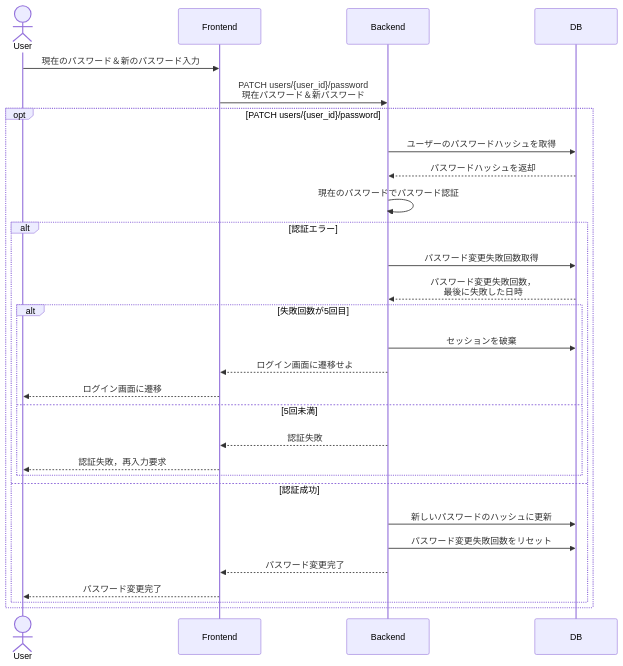
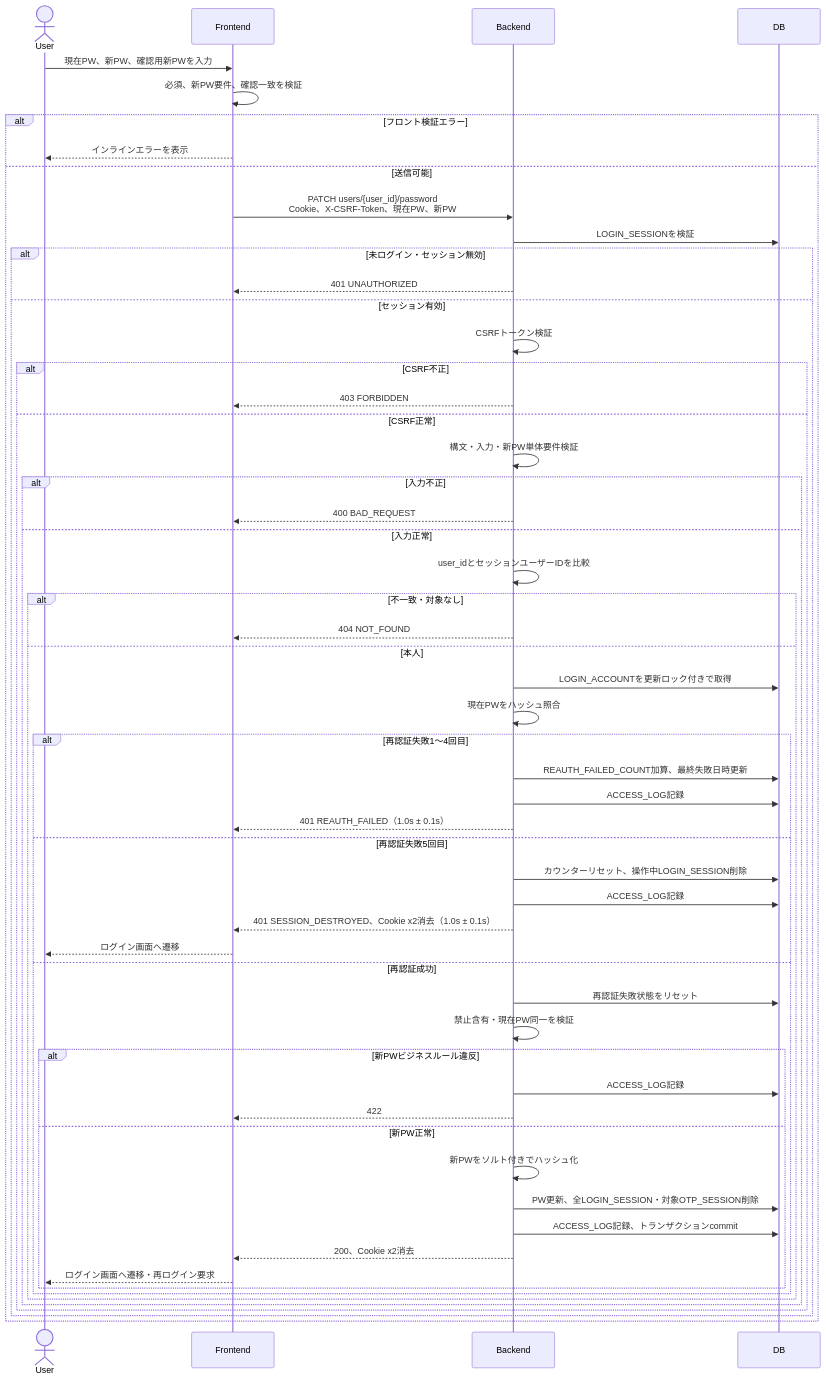
The diagram in docs/design/process_design/07_password_change.md (TUS-TI-dev-team/SyncTask), drawn with Mermaid before and after one commit. The commit also changed other lines of this file and 7 other files, not shown here.

````diff
--- a/docs/design/process_design/07_password_change.md
+++ b/docs/design/process_design/07_password_change.md
@@ -3,32 +38,60 @@
 ```mermaid
 sequenceDiagram
-	actor User
-	participant Frontend
-	participant Backend
-	participant DB
-	
-	User->>Frontend: 現在のパスワード＆新のパスワード入力
-	Frontend->>Backend: PATCH users/{user_id}/password<br>現在パスワード＆新パスワード
-	opt PATCH users/{user_id}/password
-		Backend->>DB: ユーザーのパスワードハッシュを取得
-		DB-->>Backend: パスワードハッシュを返却
-		Backend->>Backend: 現在のパスワードでパスワード認証
-		alt 認証エラー
-			Backend->>DB: パスワード変更失敗回数取得
-			DB-->>Backend: パスワード変更失敗回数，<br>最後に失敗した日時
-			alt 失敗回数が5回目
-				Backend->>DB: セッションを破棄
-				Backend-->>Frontend: ログイン画面に遷移せよ
-				Frontend-->>User: ログイン画面に遷移
-			else 5回未満
-				Backend-->>Frontend: 認証失敗
-				Frontend-->>User: 認証失敗，再入力要求
-			end
-		else 認証成功
-			Backend->>DB: 新しいパスワードのハッシュに更新
-			Backend->>DB: パスワード変更失敗回数をリセット
-			Backend-->>Frontend: パスワード変更完了
-			Frontend-->>User: パスワード変更完了
-		end
-	end
+    actor User
+    participant Frontend
+    participant Backend
+    participant DB
+
+    User->>Frontend: 現在PW、新PW、確認用新PWを入力
+    Frontend->>Frontend: 必須、新PW要件、確認一致を検証
+    alt フロント検証エラー
+        Frontend-->>User: インラインエラーを表示
+    else 送信可能
+        Frontend->>Backend: PATCH users/{user_id}/password<br/>Cookie、X-CSRF-Token、現在PW、新PW
+        Backend->>DB: LOGIN_SESSIONを検証
+        alt 未ログイン・セッション無効
+            Backend-->>Frontend: 401 UNAUTHORIZED
+        else セッション有効
+            Backend->>Backend: CSRFトークン検証
+            alt CSRF不正
+                Backend-->>Frontend: 403 FORBIDDEN
+            else CSRF正常
+                Backend->>Backend: 構文・入力・新PW単体要件検証
+                alt 入力不正
+                    Backend-->>Frontend: 400 BAD_REQUEST
+                else 入力正常
+                    Backend->>Backend: user_idとセッションユーザーIDを比較
+                    alt 不一致・対象なし
+                        Backend-->>Frontend: 404 NOT_FOUND
+                    else 本人
+                        Backend->>DB: LOGIN_ACCOUNTを更新ロック付きで取得
+                        Backend->>Backend: 現在PWをハッシュ照合
+                        alt 再認証失敗1〜4回目
+                            Backend->>DB: REAUTH_FAILED_COUNT加算、最終失敗日時更新
+                            Backend->>DB: ACCESS_LOG記録
+                            Backend-->>Frontend: 401 REAUTH_FAILED（1.0s ± 0.1s）
+                        else 再認証失敗5回目
+                            Backend->>DB: カウンターリセット、操作中LOGIN_SESSION削除
+                            Backend->>DB: ACCESS_LOG記録
+                            Backend-->>Frontend: 401 SESSION_DESTROYED、Cookie x2消去（1.0s ± 0.1s）
+                            Frontend-->>User: ログイン画面へ遷移
+                        else 再認証成功
+                            Backend->>DB: 再認証失敗状態をリセット
+                            Backend->>Backend: 禁止含有・現在PW同一を検証
+                            alt 新PWビジネスルール違反
+                                Backend->>DB: ACCESS_LOG記録
+                                Backend-->>Frontend: 422
+                            else 新PW正常
+                                Backend->>Backend: 新PWをソルト付きでハッシュ化
+                                Backend->>DB: PW更新、全LOGIN_SESSION・対象OTP_SESSION削除
+                                Backend->>DB: ACCESS_LOG記録、トランザクションcommit
+                                Backend-->>Frontend: 200、Cookie x2消去
+                                Frontend-->>User: ログイン画面へ遷移・再ログイン要求
+                            end
+                        end
+                    end
+                end
+            end
+        end
+    end
 ```
````
